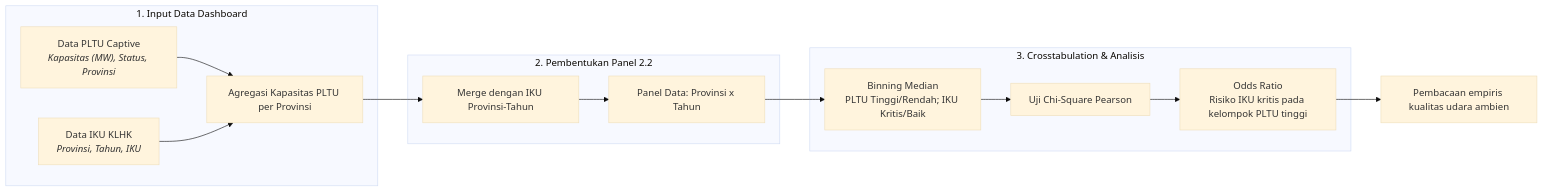
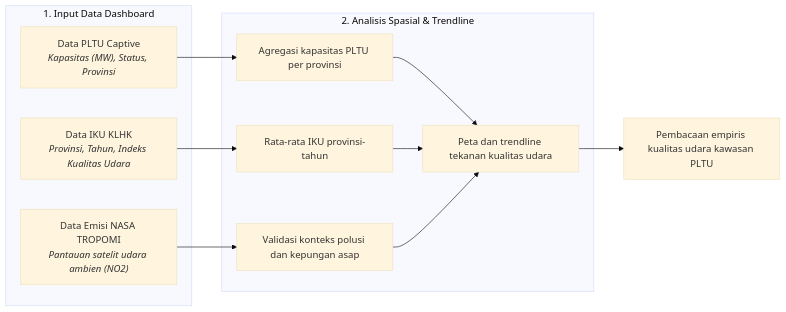
The second of 3 diagrams in tools/report_metodologi/bab_2/Metodologi_Bab2_Kualitas_Lingkungan.md (HenryAi-SIBERMU/ECC), drawn with Mermaid (base theme) before and after one commit. The commit also changed other lines of this file and 4 other files, not shown here.

Commit message:
fix: update flowchart logic 2.2 to match 2.1

````diff
--- a/tools/report_metodologi/bab_2/Metodologi_Bab2_Kualitas_Lingkungan.md
+++ b/tools/report_metodologi/bab_2/Metodologi_Bab2_Kualitas_Lingkungan.md
@@ -86,17 +86,19 @@
 ```mermaid
 flowchart LR
     subgraph Data_Input["1. Input Data Dashboard"]
-        A["Data PLTU Captive<br/><i>Kapasitas (MW), Status, Provinsi</i>"] --> C
-        B["Data IKU KLHK<br/><i>Provinsi, Tahun, IKU</i>"] --> C
+        A["Data PLTU Captive<br/><i>Kapasitas (MW), Status, Provinsi</i>"]
+        B["Data IKU KLHK<br/><i>Provinsi, Tahun, Indeks Kualitas Udara</i>"]
+        C["Data Emisi NASA TROPOMI<br/><i>Pantauan satelit udara ambien (NO2)</i>"]
     end
-    subgraph Panel_Processing["2. Pembentukan Panel 2.2"]
-        C["Agregasi Kapasitas PLTU per Provinsi"] --> F["Merge dengan IKU Provinsi-Tahun"]
-        F --> G["Panel Data: Provinsi x Tahun"]
+
+    subgraph Visual_Processing["2. Analisis Spasial & Trendline"]
+        A --> D["Agregasi kapasitas PLTU per provinsi"]
+        B --> E["Rata-rata IKU provinsi-tahun"]
+        C --> F["Validasi konteks polusi dan kepungan asap"]
+        D --> G["Peta dan trendline tekanan kualitas udara"]
+        E --> G
+        F --> G
     end
-    subgraph Statistical_Test["3. Crosstabulation & Analisis"]
-        G --> I["Binning Median<br/>PLTU Tinggi/Rendah; IKU Kritis/Baik"]
-        I --> J["Uji Chi-Square Pearson"]
-        J --> K["Odds Ratio<br/>Risiko IKU kritis pada kelompok PLTU tinggi"]
-    end
-    K --> L["Pembacaan empiris kualitas udara ambien"]
+
+    G --> H["Pembacaan empiris kualitas udara kawasan PLTU"]
 ```
````
